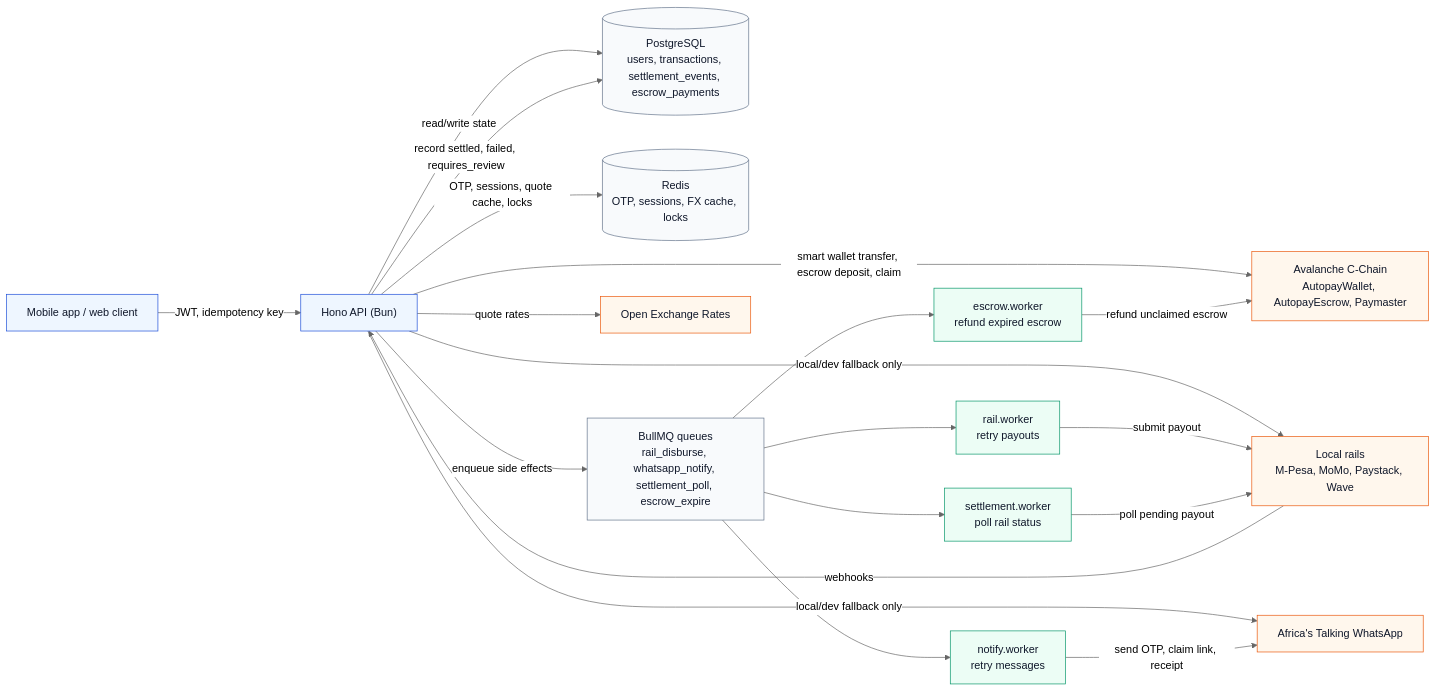
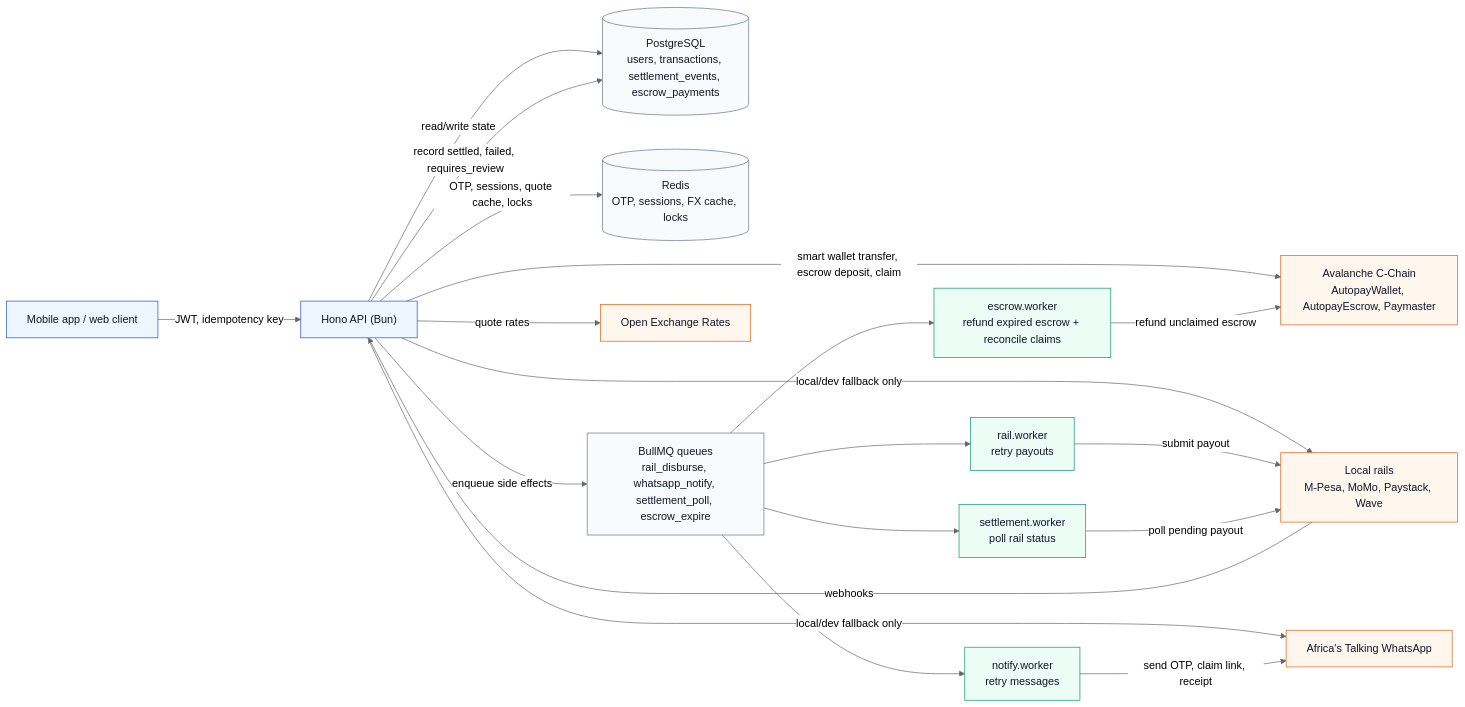
One commit to JosephNjorog/AutoPay changed the first of 2 diagrams in README.md. Above: the diagram before and after it, drawn with Mermaid (neutral theme). The commit also changed other lines of this file, not shown here.

Commit message:
feat(docs): update README to reflect escrow claim reconciliation and idempotency locking enhancements

````diff
--- a/README.md
+++ b/README.md
@@ -386,49 +386,49 @@
 ```mermaid
 flowchart LR
   app["Mobile app / web client"]
   api["Hono API (Bun)"]
   db[("PostgreSQL\nusers, transactions, settlement_events, escrow_payments")]
   redis[("Redis\nOTP, sessions, FX cache, locks")]
   queues["BullMQ queues\nrail_disburse, whatsapp_notify, settlement_poll, escrow_expire"]
   chain["Avalanche C-Chain\nAutopayWallet, AutopayEscrow, Paymaster"]
   fx["Open Exchange Rates"]
   whatsapp["Africa's Talking WhatsApp"]
   rails["Local rails\nM-Pesa, MoMo, Paystack, Wave"]
 
   railWorker["rail.worker\nretry payouts"]
   notifyWorker["notify.worker\nretry messages"]
   settlementWorker["settlement.worker\npoll rail status"]
-  escrowWorker["escrow.worker\nrefund expired escrow"]
+  escrowWorker["escrow.worker\nrefund expired escrow + reconcile claims"]
 
   app -->|JWT, idempotency key| api
   api -->|read/write state| db
   api -->|OTP, sessions, quote cache, locks| redis
   api -->|quote rates| fx
   api -->|smart wallet transfer, escrow deposit, claim| chain
   api -->|enqueue side effects| queues
   api -->|local/dev fallback only| rails
   api -->|local/dev fallback only| whatsapp
 
   queues --> railWorker
   queues --> notifyWorker
   queues --> settlementWorker
   queues --> escrowWorker
 
   railWorker -->|submit payout| rails
   notifyWorker -->|send OTP, claim link, receipt| whatsapp
   settlementWorker -->|poll pending payout| rails
   escrowWorker -->|refund unclaimed escrow| chain
 
   rails -->|webhooks| api
   api -->|record settled, failed, requires_review| db
 
   classDef core fill:#eef6ff,stroke:#1d4ed8,color:#0f172a;
   classDef state fill:#f8fafc,stroke:#64748b,color:#0f172a;
   classDef external fill:#fff7ed,stroke:#ea580c,color:#0f172a;
   classDef worker fill:#ecfdf5,stroke:#059669,color:#0f172a;
 
   class api,app core;
   class db,redis,queues state;
   class chain,fx,whatsapp,rails external;
   class railWorker,notifyWorker,settlementWorker,escrowWorker worker;
 ```
````
